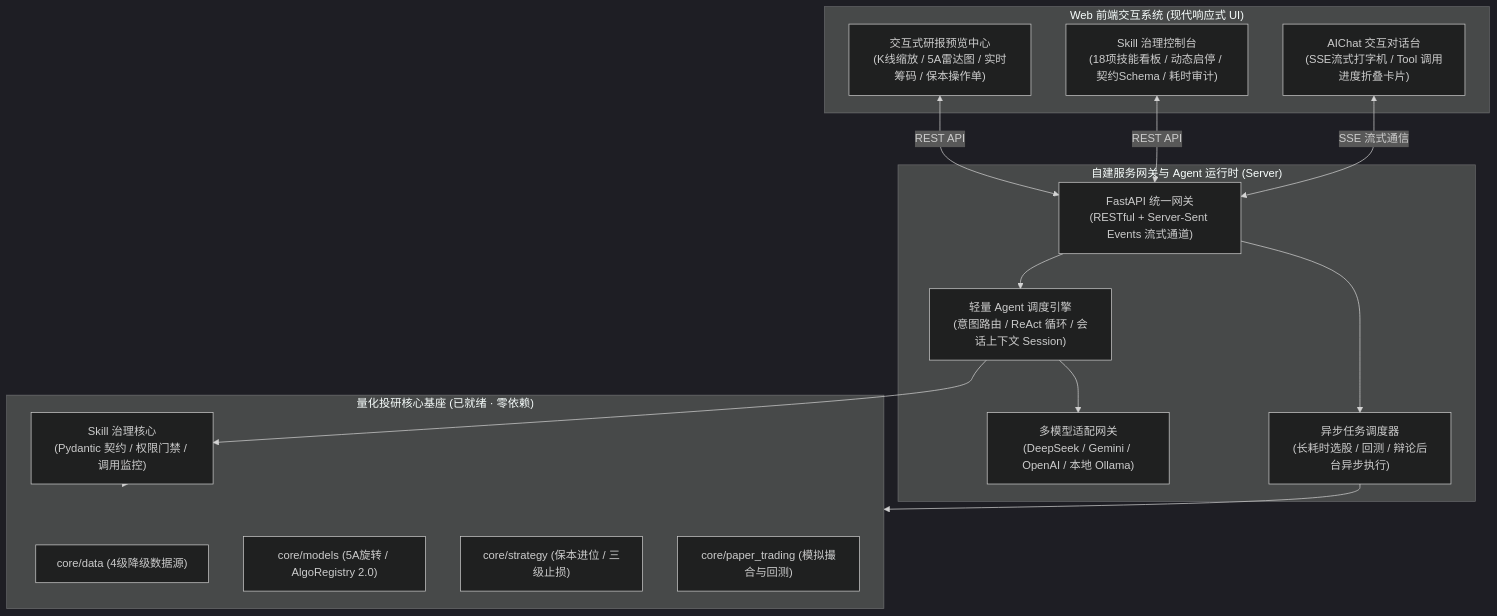
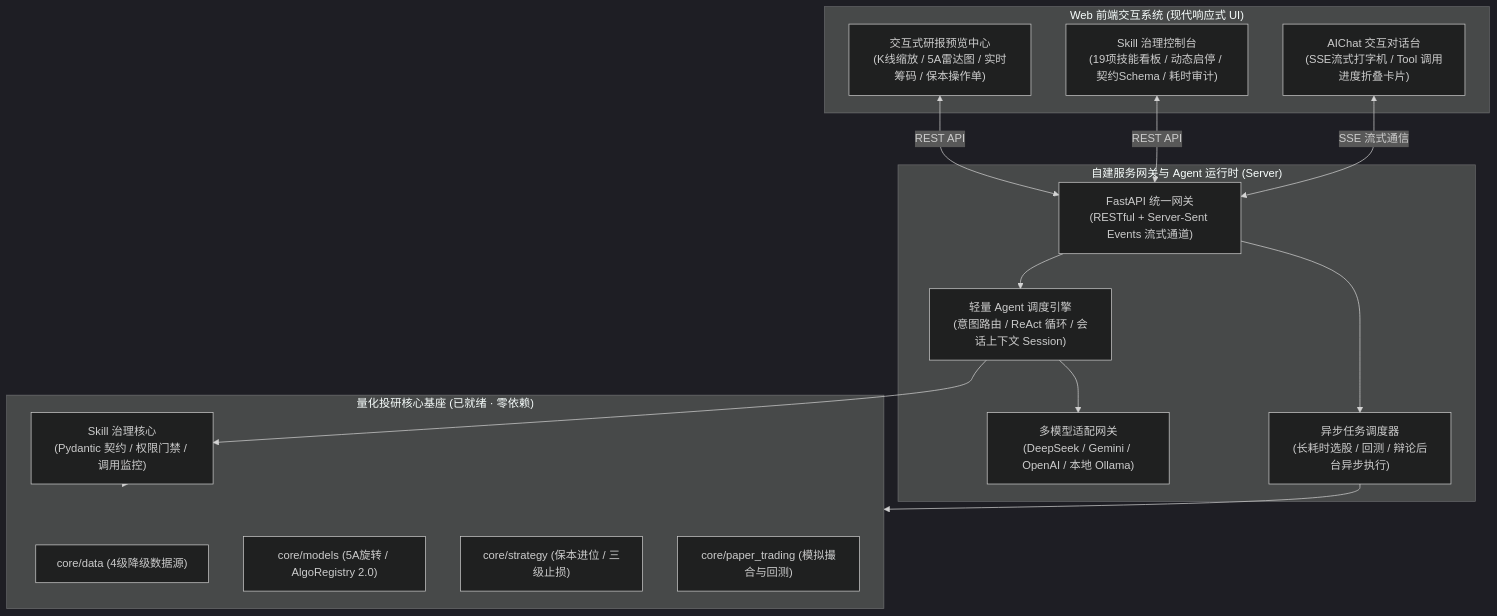
Before and after one commit to cvdnn/a_stock_agents: the diagram in README.md, drawn with Mermaid (dark theme). The commit also changed other lines of this file and 21 other files, not shown here.

````diff
--- a/README.md
+++ b/README.md
@@ -329,33 +329,33 @@
 ```mermaid
 flowchart TB
     subgraph Frontend["Web 前端交互系统 (现代响应式 UI)"]
         UI_Chat["AIChat 交互对话台\n(SSE流式打字机 / Tool 调用进度折叠卡片)"]
-        UI_Gov["Skill 治理控制台\n(18项技能看板 / 动态启停 / 契约Schema / 耗时审计)"]
+UI_Gov["Skill 治理控制台\n(19项技能看板 / 动态启停 / 契约Schema / 耗时审计)"]
         UI_Report["交互式研报预览中心\n(K线缩放 / 5A雷达图 / 实时筹码 / 保本操作单)"]
     end
 
     subgraph Gateway["自建服务网关与 Agent 运行时 (Server)"]
         API["FastAPI 统一网关\n(RESTful + Server-Sent Events 流式通道)"]
         Orchestrator["轻量 Agent 调度引擎\n(意图路由 / ReAct 循环 / 会话上下文 Session)"]
         LLM_GW["多模型适配网关\n(DeepSeek / Gemini / OpenAI / 本地 Ollama)"]
         TaskQueue["异步任务调度器\n(长耗时选股 / 回测 / 辩论后台异步执行)"]
     end
 
     subgraph CoreEngine["量化投研核心基座 (已就绪 · 零依赖)"]
         SkillGov["Skill 治理核心\n(Pydantic 契约 / 权限门禁 / 调用监控)"]
         Core_Data["core/data (4级降级数据源)"]
         Core_Models["core/models (5A旋转 / AlgoRegistry 2.0)"]
         Core_Strategy["core/strategy (保本进位 / 三级止损)"]
         Core_Trade["core/paper_trading (模拟撮合与回测)"]
     end
 
     UI_Chat <-->|SSE 流式通信| API
     UI_Gov <-->|REST API| API
     UI_Report <-->|REST API| API
     API --> Orchestrator
     Orchestrator --> LLM_GW
     Orchestrator --> SkillGov
     API --> TaskQueue
     TaskQueue --> CoreEngine
     SkillGov --> CoreEngine
 ```
````
